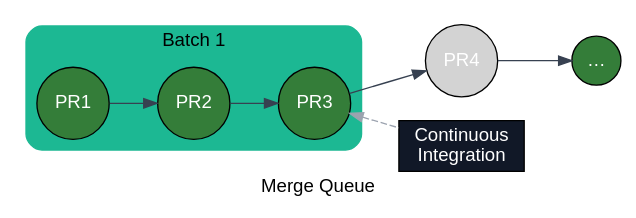
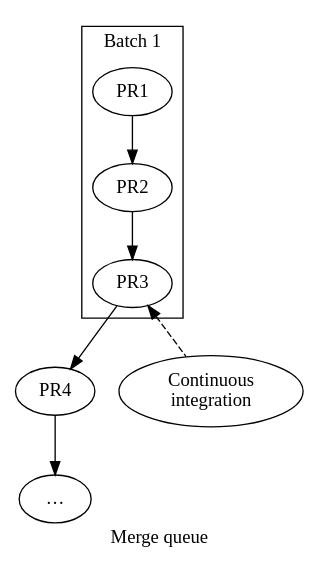
The first of 2 diagrams in src/content/docs/merge-queue/batches.mdx (Mergifyio/docs), drawn with Graphviz before and after one commit. The commit also changed other lines of this file and 20 other files, not shown here.

````diff
--- a/src/content/docs/merge-queue/batches.mdx
+++ b/src/content/docs/merge-queue/batches.mdx
@@ -54,29 +54,21 @@
-```dot class="graph"
-strict digraph {
-    fontname="sans-serif";
-    rankdir="LR";
-    label="Merge Queue"
+```dot class="queue"
+digraph {
+  label="Merge queue";
 
-    node [style=filled, shape=circle, fontcolor="white", fontname="sans-serif"];
-    edge [color="#374151", arrowhead=none, fontname="sans-serif", arrowhead=normal];
+  subgraph cluster_batch1 {
+    class="batch";
+    label="Batch 1";
+    PR1 [class="queued"];
+    PR2 [class="queued"];
+    PR3 [class="queued"];
+    PR1 -> PR2 -> PR3;
+  }
 
-    subgraph cluster_batch_0 {
-        style="rounded,filled";
-        color="#1CB893";
-        fillcolor="#1CB893";
-        fontcolor="#000000";
-        node [style=filled, color="black", fillcolor="#347D39", fontcolor="white"];
-        PR1 -> PR2;
-        PR2 -> PR3;
-        label = "Batch 1";
-    }
+  PR4 [class="queued"];
+  PR5 [label="…", class="queued"];
+  PR3 -> PR4 -> PR5;
 
-    PR3 -> PR4;
-    PR4 -> PR5;
-    PR5 [label="…", fillcolor="#347D39"];
-
-    CI [label="Continuous\nIntegration", fixedsize=false, style="filled", fillcolor="#111827", fontcolor=white, shape=rectangle]
-    edge [arrowhead=none, style=dashed, arrowtail=normal, color="#9CA3AF", dir=both, fontcolor="#9CA3AF", fontsize="6pt"];
-    PR3 -> CI;
+  CI [label="Continuous\nintegration", class="external"];
+  PR3 -> CI [class="muted", style=dashed, dir=both, arrowhead=none, arrowtail=normal];
 }
 ```
````
